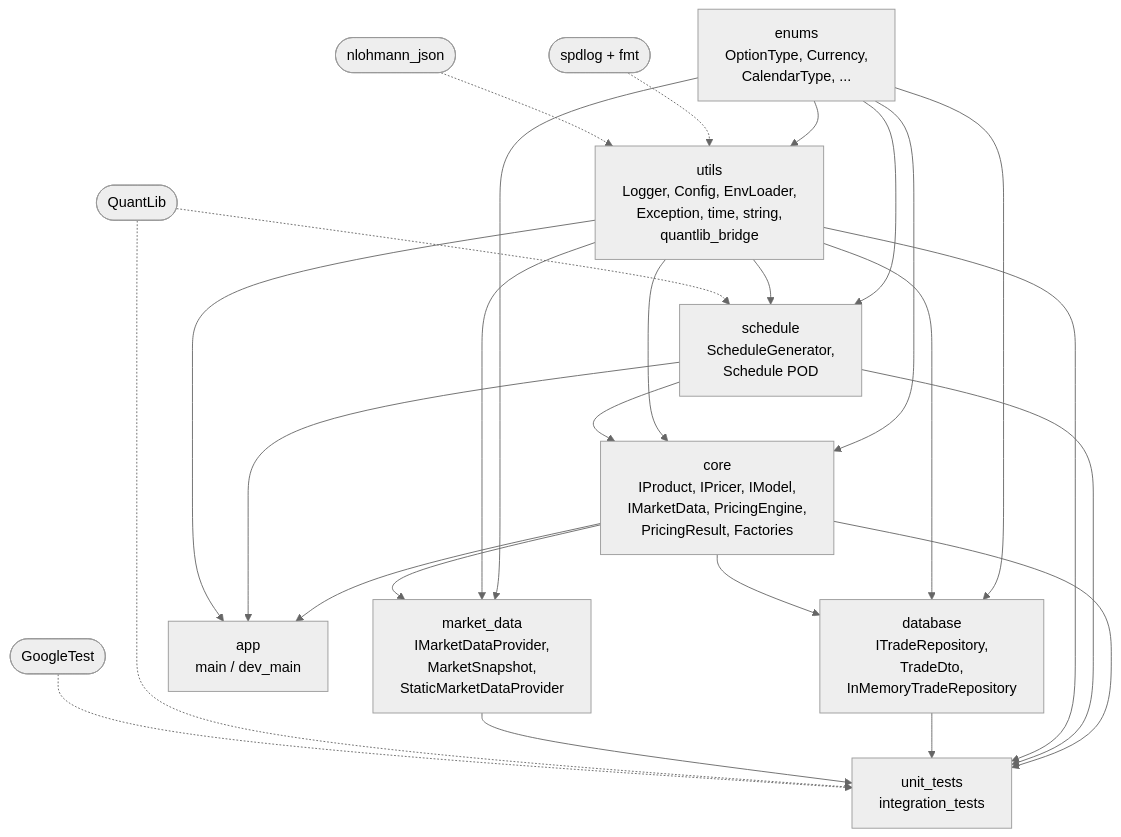
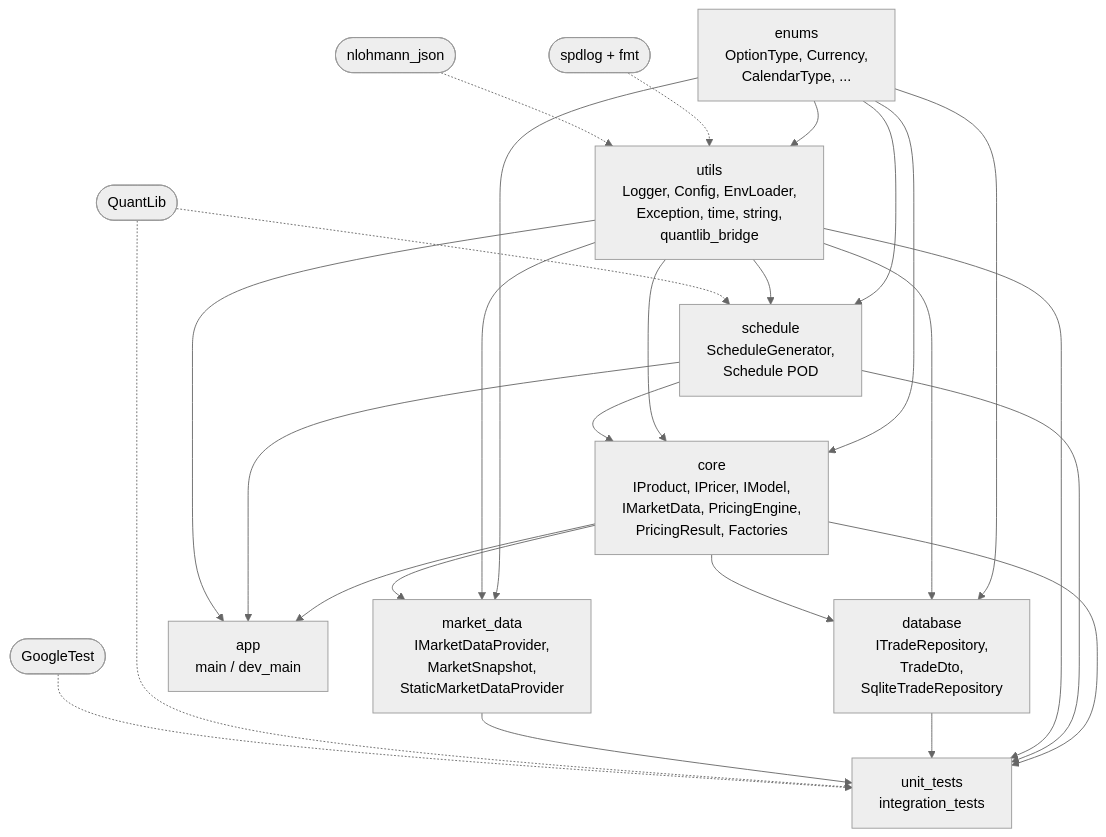
Before and after one commit to krzysiekbienias/numeraire: the first of 10 diagrams in docs/architecture.md, drawn with Mermaid (neutral theme). The commit also changed other lines of this file and 3 other files, not shown here.

Commit message:
docs: update README and architecture documentation; add development progress file

````diff
--- a/docs/architecture.md
+++ b/docs/architecture.md
@@ -26,42 +26,42 @@
 ```mermaid
 flowchart TB
     enums[enums<br/>OptionType, Currency,<br/>CalendarType, ...]
     utils[utils<br/>Logger, Config, EnvLoader,<br/>Exception, time, string,<br/>quantlib_bridge]
     schedule[schedule<br/>ScheduleGenerator,<br/>Schedule POD]
     core[core<br/>IProduct, IPricer, IModel,<br/>IMarketData, PricingEngine,<br/>PricingResult, Factories]
-    database[database<br/>ITradeRepository,<br/>TradeDto,<br/>InMemoryTradeRepository]
+    database[database<br/>ITradeRepository,<br/>TradeDto,<br/>SqliteTradeRepository]
     marketData[market_data<br/>IMarketDataProvider,<br/>MarketSnapshot,<br/>StaticMarketDataProvider]
     app[app<br/>main / dev_main]
     tests[unit_tests<br/>integration_tests]
 
     enums --> utils
     enums --> schedule
     enums --> core
     enums --> database
     enums --> marketData
 
     utils --> schedule
     utils --> core
     utils --> database
     utils --> marketData
 
     schedule --> core
     core --> database
     core --> marketData
 
     core --> app
     schedule --> app
     utils --> app
 
     core --> tests
     schedule --> tests
     utils --> tests
     database --> tests
     marketData --> tests
 
     spdlog([spdlog + fmt]) -.-> utils
     nlohmann([nlohmann_json]) -.-> utils
     quantlib([QuantLib]) -.-> schedule
     quantlib -.-> tests
     gtest([GoogleTest]) -.-> tests
 ```
````
